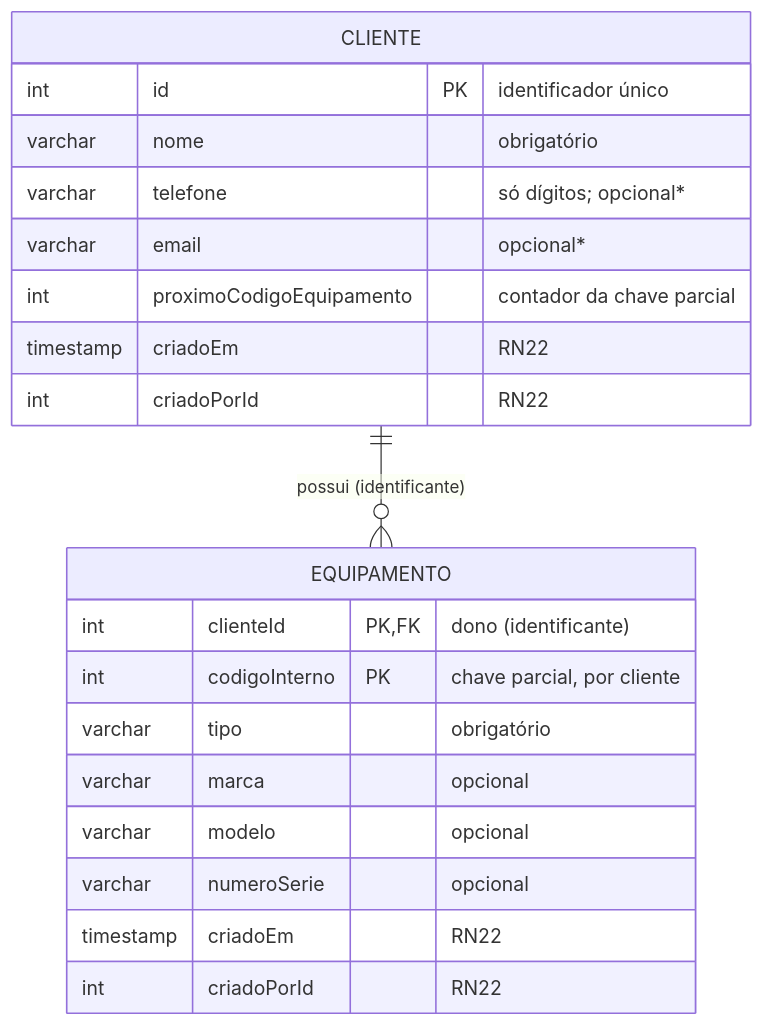
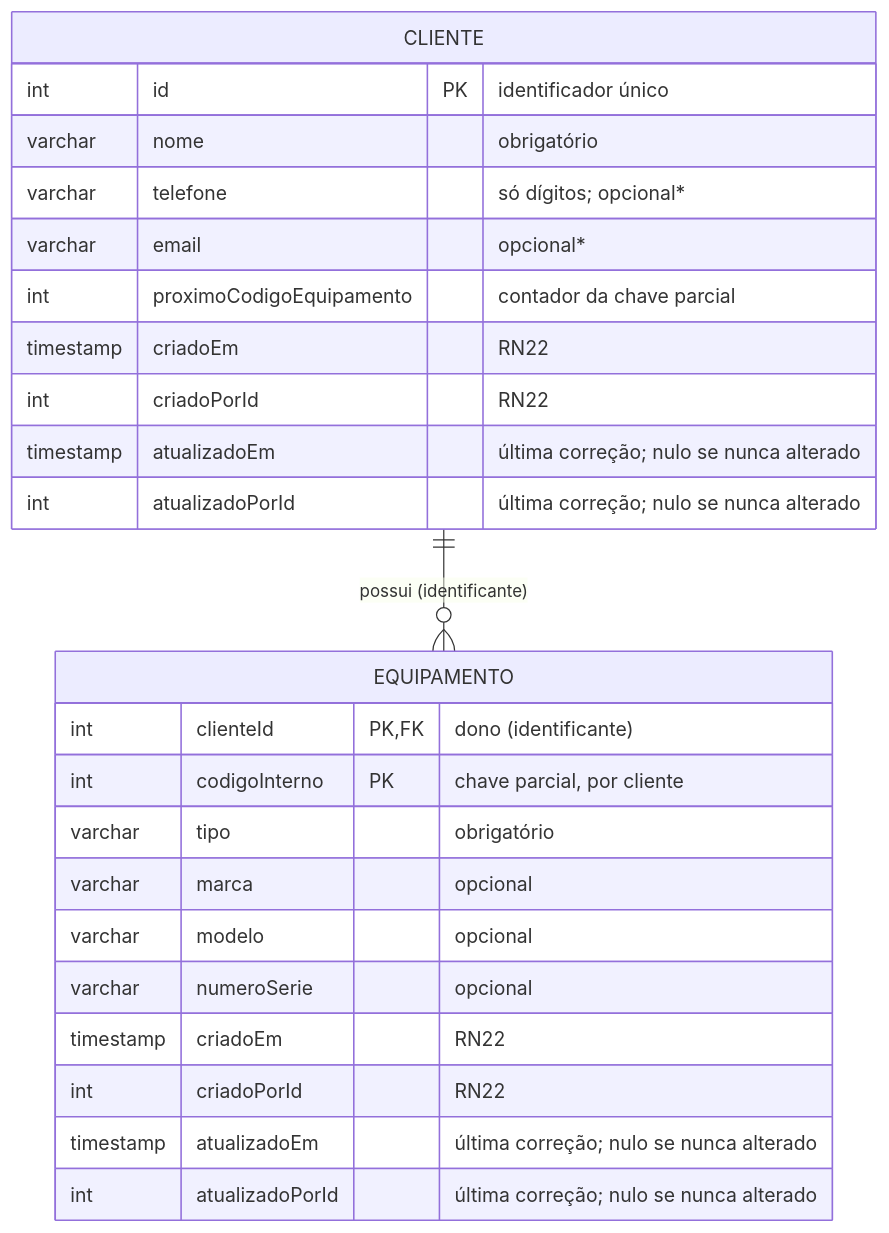
Before and after one commit to ferniedz/prototipo-sysos: the diagram in backend/docs/MODELO_DADOS.md, drawn with Mermaid. The commit also changed other lines of this file and 18 other files, not shown here.

````diff
--- a/backend/docs/MODELO_DADOS.md
+++ b/backend/docs/MODELO_DADOS.md
@@ -9,23 +9,27 @@
 ```mermaid
 erDiagram
     CLIENTE ||--o{ EQUIPAMENTO : "possui (identificante)"
     CLIENTE {
         int id PK "identificador único"
         varchar nome "obrigatório"
         varchar telefone "só dígitos; opcional*"
         varchar email "opcional*"
         int proximoCodigoEquipamento "contador da chave parcial"
         timestamp criadoEm "RN22"
         int criadoPorId "RN22"
+        timestamp atualizadoEm "última correção; nulo se nunca alterado"
+        int atualizadoPorId "última correção; nulo se nunca alterado"
     }
     EQUIPAMENTO {
         int clienteId PK, FK "dono (identificante)"
         int codigoInterno PK "chave parcial, por cliente"
         varchar tipo "obrigatório"
         varchar marca "opcional"
         varchar modelo "opcional"
         varchar numeroSerie "opcional"
         timestamp criadoEm "RN22"
         int criadoPorId "RN22"
+        timestamp atualizadoEm "última correção; nulo se nunca alterado"
+        int atualizadoPorId "última correção; nulo se nunca alterado"
     }
 ```
````
